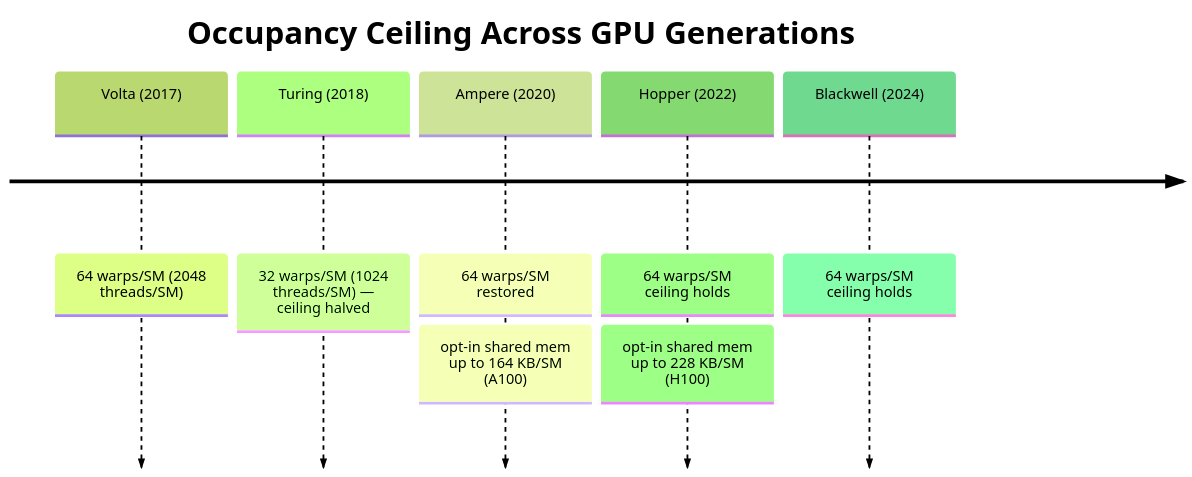
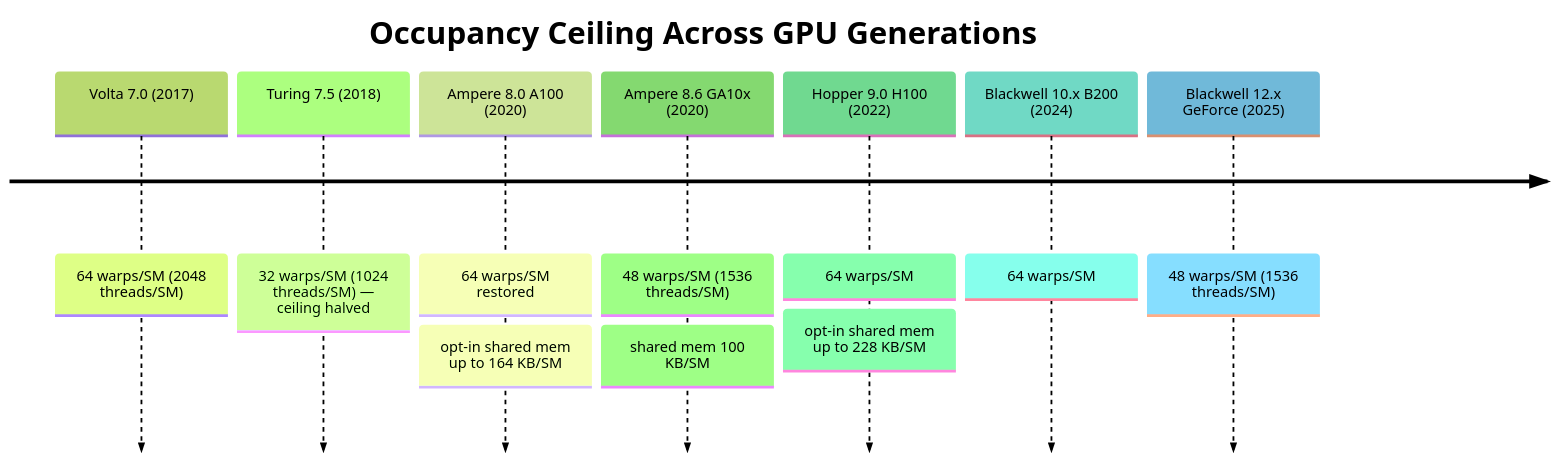
The third of 8 diagrams in src/main/java/com/rutik/systemdesign/cuda/occupancy_and_launch_configuration/README.md (rppol/system-design), drawn with Mermaid (forest theme) before and after one commit. The commit also changed other lines of this file and 4 other files, not shown here.

````diff
--- a/src/main/java/com/rutik/systemdesign/cuda/occupancy_and_launch_configuration/README.md
+++ b/src/main/java/com/rutik/systemdesign/cuda/occupancy_and_launch_configuration/README.md
@@ -117,11 +121,14 @@
 ```mermaid
 timeline
     title Occupancy Ceiling Across GPU Generations
-    Volta (2017) : 64 warps/SM (2048 threads/SM)
-    Turing (2018) : 32 warps/SM (1024 threads/SM) — ceiling halved
-    Ampere (2020) : 64 warps/SM restored
-                  : opt-in shared mem up to 164 KB/SM (A100)
-    Hopper (2022) : 64 warps/SM ceiling holds
-                  : opt-in shared mem up to 228 KB/SM (H100)
-    Blackwell (2024) : 64 warps/SM ceiling holds
+    Volta 7.0 (2017) : 64 warps/SM (2048 threads/SM)
+    Turing 7.5 (2018) : 32 warps/SM (1024 threads/SM) — ceiling halved
+    Ampere 8.0 A100 (2020) : 64 warps/SM restored
+                  : opt-in shared mem up to 164 KB/SM
+    Ampere 8.6 GA10x (2020) : 48 warps/SM (1536 threads/SM)
+                  : shared mem 100 KB/SM
+    Hopper 9.0 H100 (2022) : 64 warps/SM
+                  : opt-in shared mem up to 228 KB/SM
+    Blackwell 10.x B200 (2024) : 64 warps/SM
+    Blackwell 12.x GeForce (2025) : 48 warps/SM (1536 threads/SM)
 ```
````
